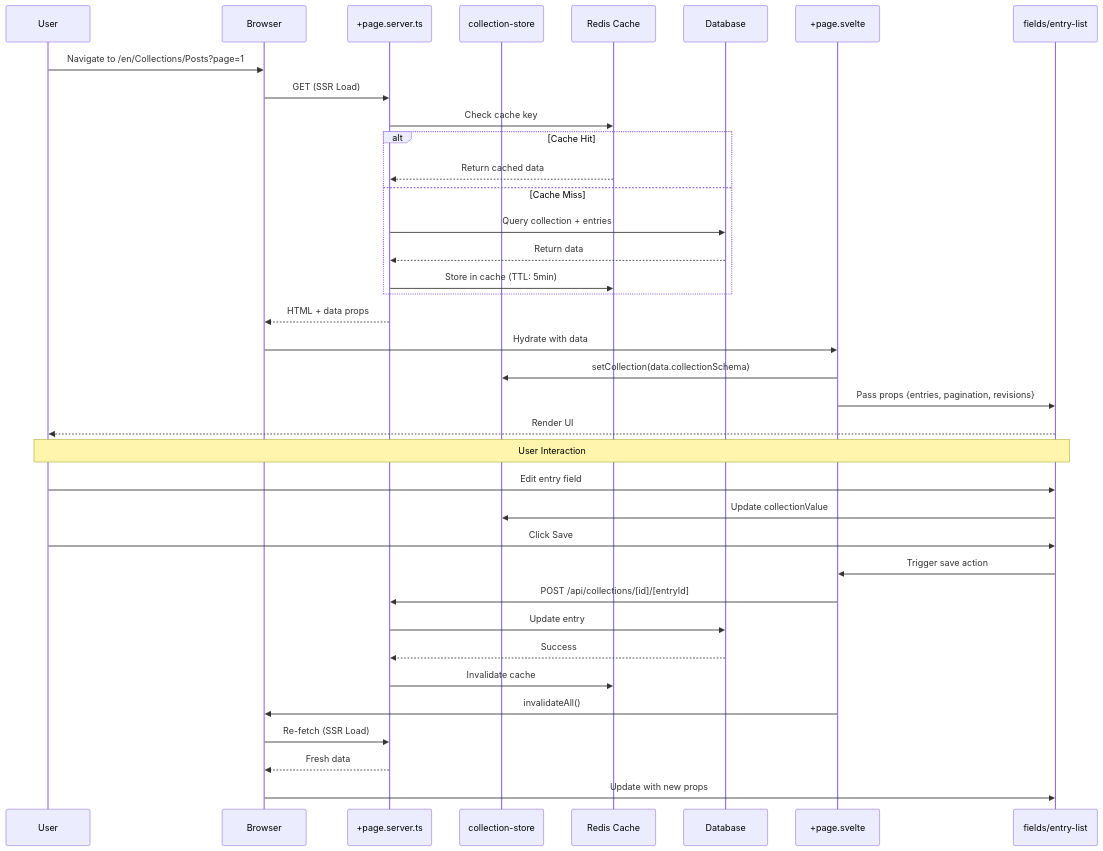
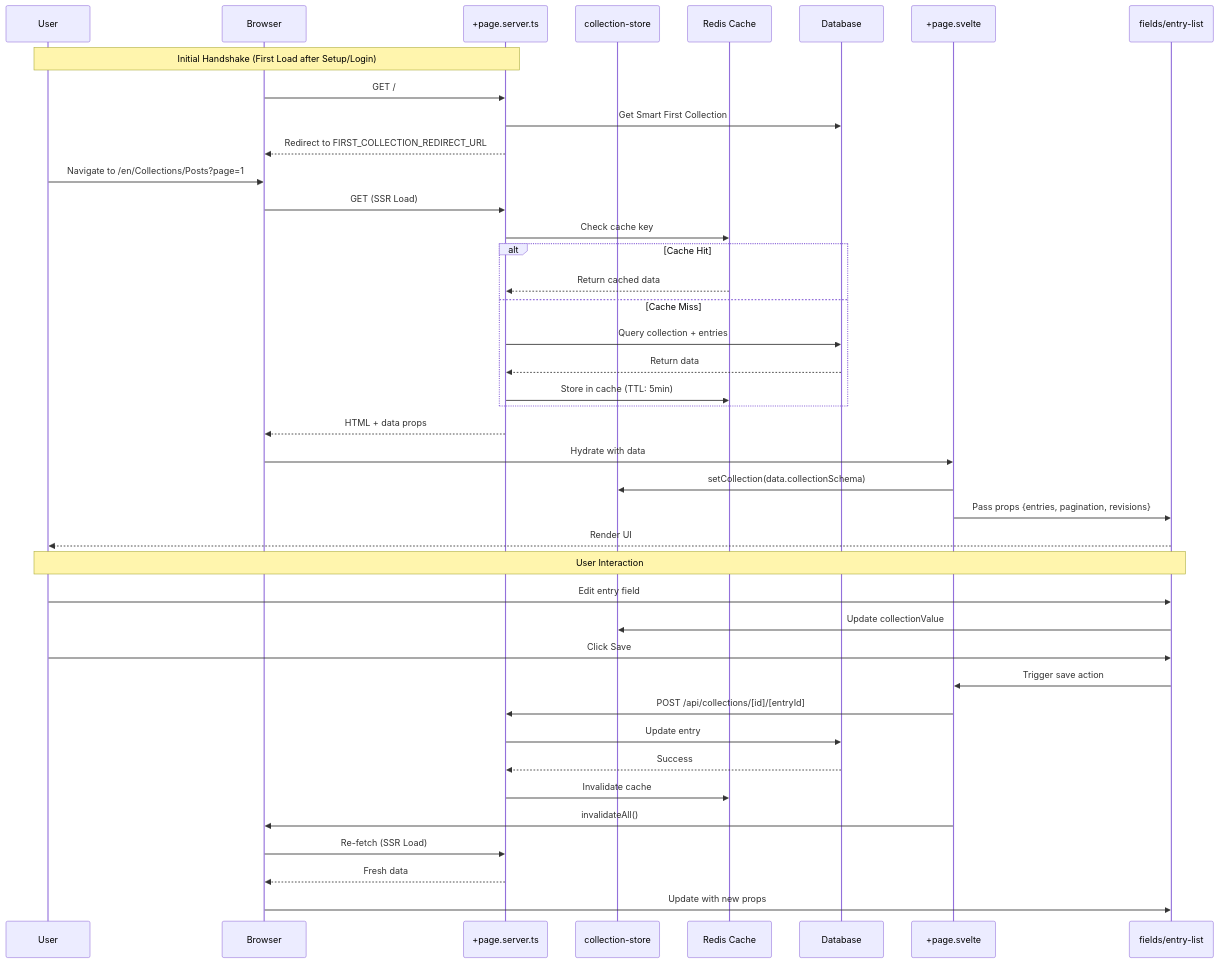
The diagram in docs/architecture/collection-store-dataflow.mdx (SveltyCMS/SveltyCMS), drawn with Mermaid before and after one commit. The commit also changed other lines of this file and 301 other files, not shown here.

````diff
--- a/docs/architecture/collection-store-dataflow.mdx
+++ b/docs/architecture/collection-store-dataflow.mdx
@@ -56,45 +56,50 @@
 ```mermaid
 sequenceDiagram
     participant User
     participant Browser
     participant PageServer as +page.server.ts
     participant Store as collection-store
     participant Cache as Redis Cache
     participant DB as Database
     participant PageSvelte as +page.svelte
     participant Component as fields/entry-list
+
+    Note over User,PageServer: Initial Handshake (First Load after Setup/Login)
+    Browser->>PageServer: GET /
+    PageServer->>DB: Get Smart First Collection
+    PageServer-->>Browser: Redirect to FIRST_COLLECTION_REDIRECT_URL
 
     User->>Browser: Navigate to /en/Collections/Posts?page=1
     Browser->>PageServer: GET (SSR Load)
     PageServer->>Cache: Check cache key
 
     alt Cache Hit
         Cache-->>PageServer: Return cached data
     else Cache Miss
         PageServer->>DB: Query collection + entries
         DB-->>PageServer: Return data
         PageServer->>Cache: Store in cache (TTL: 5min)
     end
 
     PageServer-->>Browser: HTML + data props
     Browser->>PageSvelte: Hydrate with data
     PageSvelte->>Store: setCollection(data.collectionSchema)
     PageSvelte->>Component: Pass props {entries, pagination, revisions}
     Component-->>User: Render UI
 
     Note over User,Component: User Interaction
 
     User->>Component: Edit entry field
     Component->>Store: Update collectionValue
 
     User->>Component: Click Save
     Component->>PageSvelte: Trigger save action
     PageSvelte->>PageServer: POST /api/collections/[id]/[entryId]
     PageServer->>DB: Update entry
     DB-->>PageServer: Success
     PageServer->>Cache: Invalidate cache
     PageSvelte->>Browser: invalidateAll()
     Browser->>PageServer: Re-fetch (SSR Load)
     PageServer-->>Browser: Fresh data
     Browser->>Component: Update with new props
 ```
````
